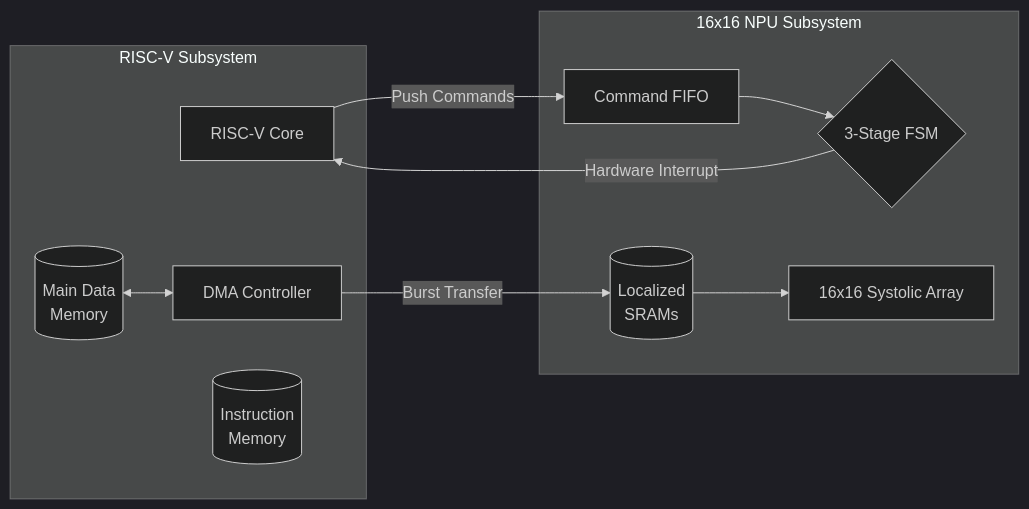
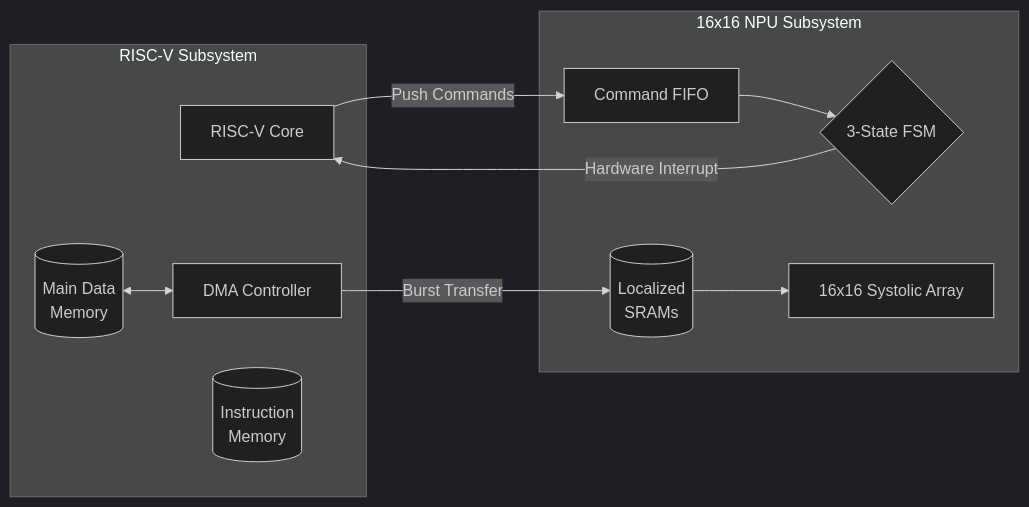
One commit to Maadeshwar/NeuroCore changed the diagram in README.md. Above: the diagram before and after it, drawn with Mermaid (dark theme).

Commit message:
Docs: Correct terminology from '3-Stage' to '3-State' FSM

````diff
--- a/README.md
+++ b/README.md
@@ -17,23 +17,23 @@
 ```mermaid
 flowchart LR
     subgraph RISCV [RISC-V Subsystem]
         CPU[RISC-V Core]
         DMA[DMA Controller]
         IMEM[(Instruction<br>Memory)]
         DMEM[(Main Data<br>Memory)]
     end
 
     subgraph Accelerator [16x16 NPU Subsystem]
         FIFO[Command FIFO]
         SRAM[(Localized<br>SRAMs)]
-        FSM{3-Stage FSM}
+        FSM{3-State FSM}
         SYS[16x16 Systolic Array]
     end
 
     CPU -->|Push Commands| FIFO
     DMA -->|Burst Transfer| SRAM
     DMEM <--> DMA
     FIFO --> FSM
     SRAM --> SYS
     FSM -->|Hardware Interrupt| CPU
 ```
````
